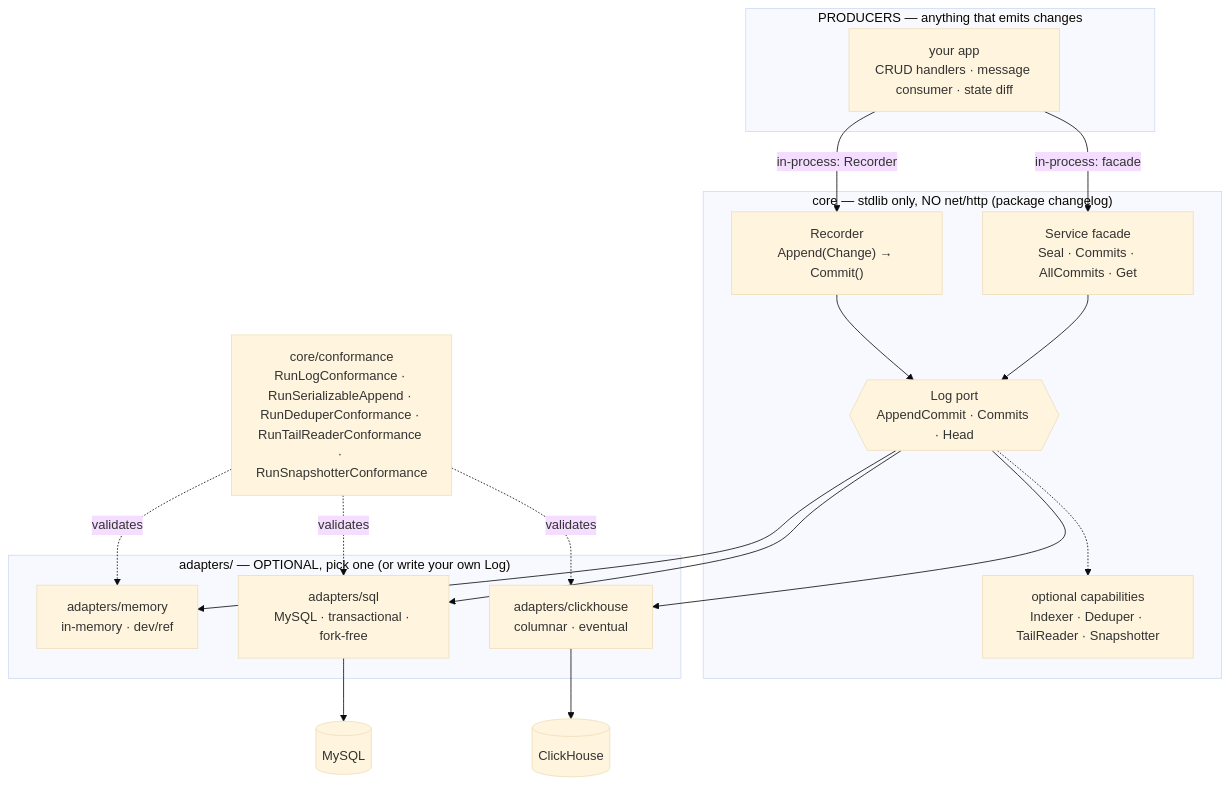
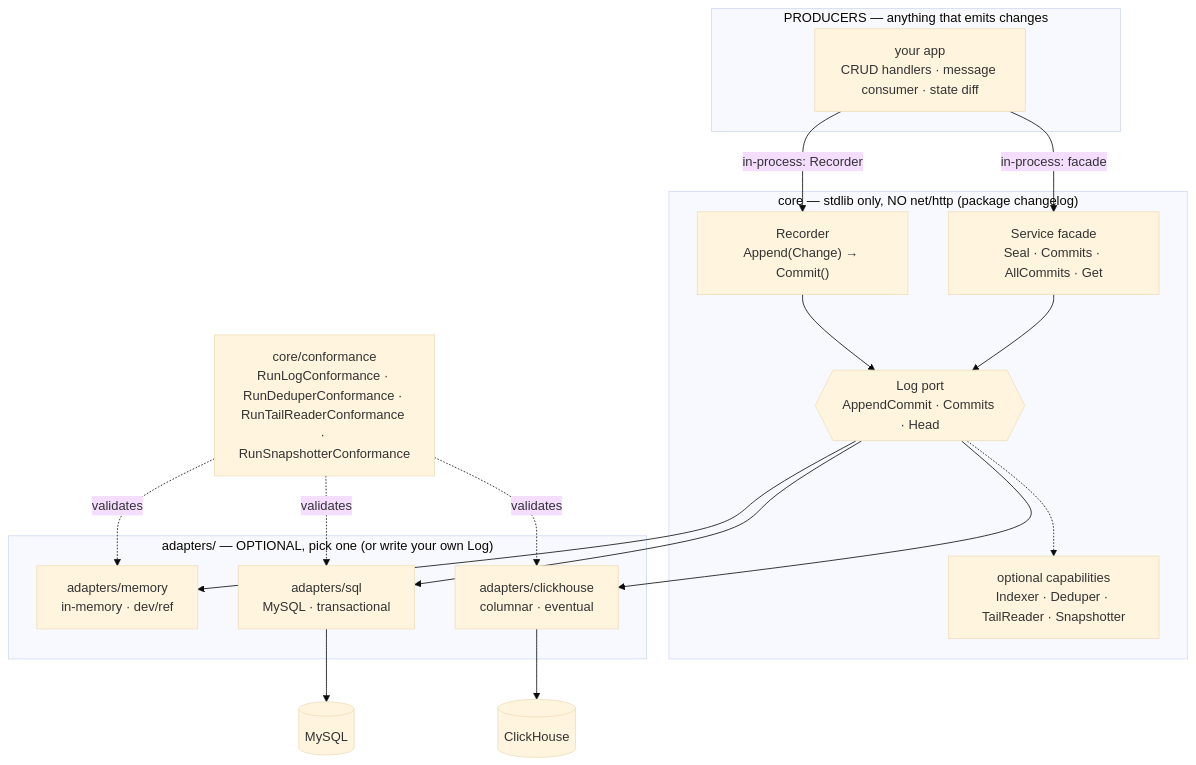
The diagram in README.md (zdirnecamlcs96/chronicle), drawn with Mermaid (base theme) before and after one commit. The commit also changed other lines of this file and 77 other files, not shown here.

First line of the commit message:
feat!: split kit into packages, make the log fork-tolerant

````diff
--- a/README.md
+++ b/README.md
@@ -36,37 +41,37 @@
 ```mermaid
 flowchart TB
     subgraph L1["PRODUCERS — anything that emits changes"]
         APP["your app<br/>CRUD handlers · message consumer · state diff"]
     end
 
     subgraph L2["core — stdlib only, NO net/http (package changelog)"]
         REC["Recorder<br/>Append(Change) → Commit()"]
         SVC["Service facade<br/>Seal · Commits · AllCommits · Get"]
         PORT{{"Log port<br/>AppendCommit · Commits · Head"}}
         CAP["optional capabilities<br/>Indexer · Deduper · TailReader · Snapshotter"]
         REC --> PORT
         SVC --> PORT
         PORT -.-> CAP
     end
 
     subgraph L3["adapters/ — OPTIONAL, pick one (or write your own Log)"]
         MEM["adapters/memory<br/>in-memory · dev/ref"]
-        SQL["adapters/sql<br/>MySQL · transactional · fork-free"]
+        SQL["adapters/sql<br/>MySQL · transactional"]
         CH["adapters/clickhouse<br/>columnar · eventual"]
     end
 
     DBA[("MySQL")]
     DBB[("ClickHouse")]
-    CONF["core/conformance<br/>RunLogConformance · RunSerializableAppend · RunDeduperConformance · RunTailReaderConformance · RunSnapshotterConformance"]
+    CONF["core/conformance<br/>RunLogConformance · RunDeduperConformance · RunTailReaderConformance · RunSnapshotterConformance"]
 
     APP -->|in-process: Recorder| REC
     APP -->|in-process: facade| SVC
     PORT --> MEM
     PORT --> SQL
     PORT --> CH
     SQL --> DBA
     CH --> DBB
     CONF -. validates .-> MEM
     CONF -. validates .-> SQL
     CONF -. validates .-> CH
 ```
````
